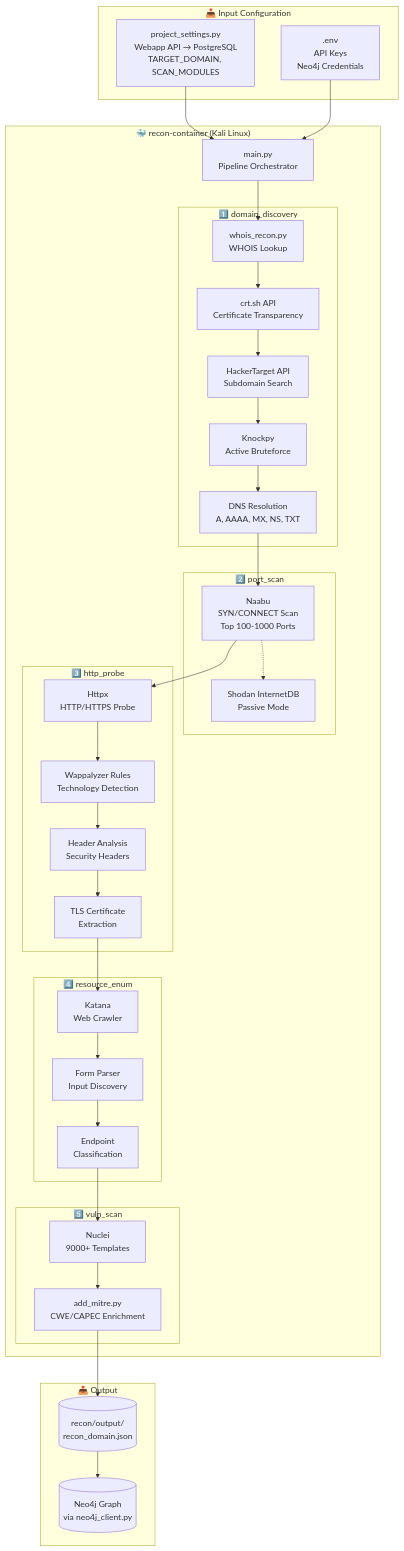
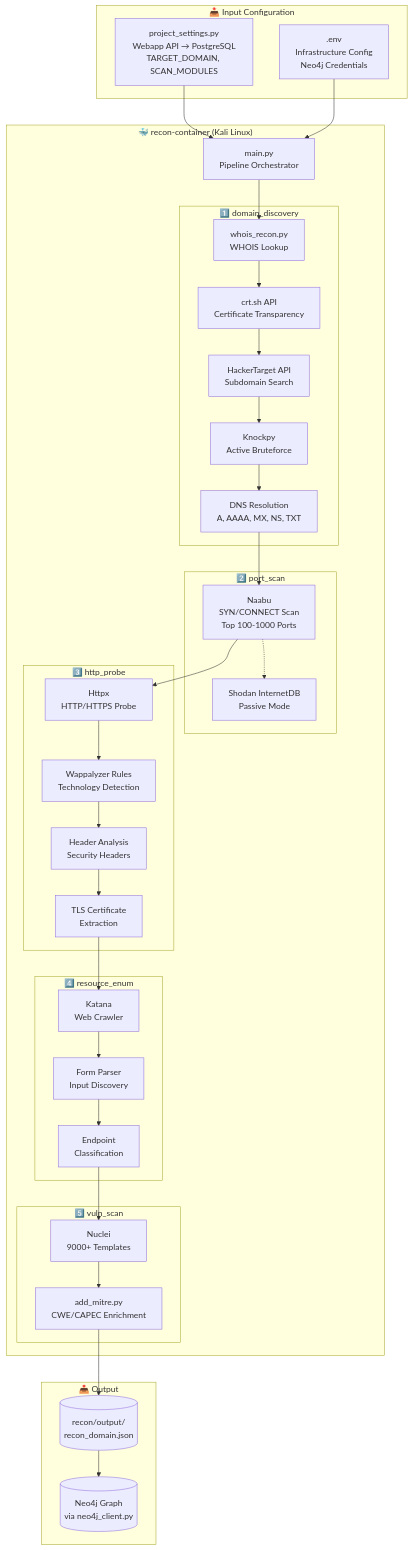
One commit to marekbujko/redamon changed the sixth of 8 diagrams in README.md. Above: the diagram before and after it, drawn with Mermaid. The commit also changed other lines of this file and 27 other files, not shown here.

First line of the commit message:
feat: move LLM provider & Tavily config from .env to Global Settings UI

````diff
--- a/README.md
+++ b/README.md
@@ -1299,74 +1266,74 @@
 ```mermaid
 flowchart TB
     subgraph Input["📥 Input Configuration"]
         Params[project_settings.py<br/>Webapp API → PostgreSQL<br/>TARGET_DOMAIN, SCAN_MODULES]
-        Env[.env<br/>API Keys<br/>Neo4j Credentials]
+        Env[.env<br/>Infrastructure Config<br/>Neo4j Credentials]
     end
 
     subgraph Container["🐳 recon-container (Kali Linux)"]
         Main[main.py<br/>Pipeline Orchestrator]
 
         subgraph Module1["1️⃣ domain_discovery"]
             WHOIS[whois_recon.py<br/>WHOIS Lookup]
             CRT[crt.sh API<br/>Certificate Transparency]
             HT[HackerTarget API<br/>Subdomain Search]
             Knock[Knockpy<br/>Active Bruteforce]
             DNS[DNS Resolution<br/>A, AAAA, MX, NS, TXT]
         end
 
         subgraph Module2["2️⃣ port_scan"]
             Naabu[Naabu<br/>SYN/CONNECT Scan<br/>Top 100-1000 Ports]
             Shodan[Shodan InternetDB<br/>Passive Mode]
         end
 
         subgraph Module3["3️⃣ http_probe"]
             Httpx[Httpx<br/>HTTP/HTTPS Probe]
             Tech[Wappalyzer Rules<br/>Technology Detection]
             Headers[Header Analysis<br/>Security Headers]
             Certs[TLS Certificate<br/>Extraction]
         end
 
         subgraph Module4["4️⃣ resource_enum"]
             Katana[Katana<br/>Web Crawler]
             Forms[Form Parser<br/>Input Discovery]
             Endpoints[Endpoint<br/>Classification]
         end
 
         subgraph Module5["5️⃣ vuln_scan"]
             Nuclei[Nuclei<br/>9000+ Templates]
             MITRE[add_mitre.py<br/>CWE/CAPEC Enrichment]
         end
     end
 
     subgraph Output["📤 Output"]
         JSON[(recon/output/<br/>recon_domain.json)]
         Graph[(Neo4j Graph<br/>via neo4j_client.py)]
     end
 
     Params --> Main
     Env --> Main
 
     Main --> WHOIS
     WHOIS --> CRT
     CRT --> HT
     HT --> Knock
     Knock --> DNS
 
     DNS --> Naabu
     Naabu -.-> Shodan
 
     Naabu --> Httpx
     Httpx --> Tech
     Tech --> Headers
     Headers --> Certs
 
     Certs --> Katana
     Katana --> Forms
     Forms --> Endpoints
 
     Endpoints --> Nuclei
     Nuclei --> MITRE
 
     MITRE --> JSON
     JSON --> Graph
 ```
````
